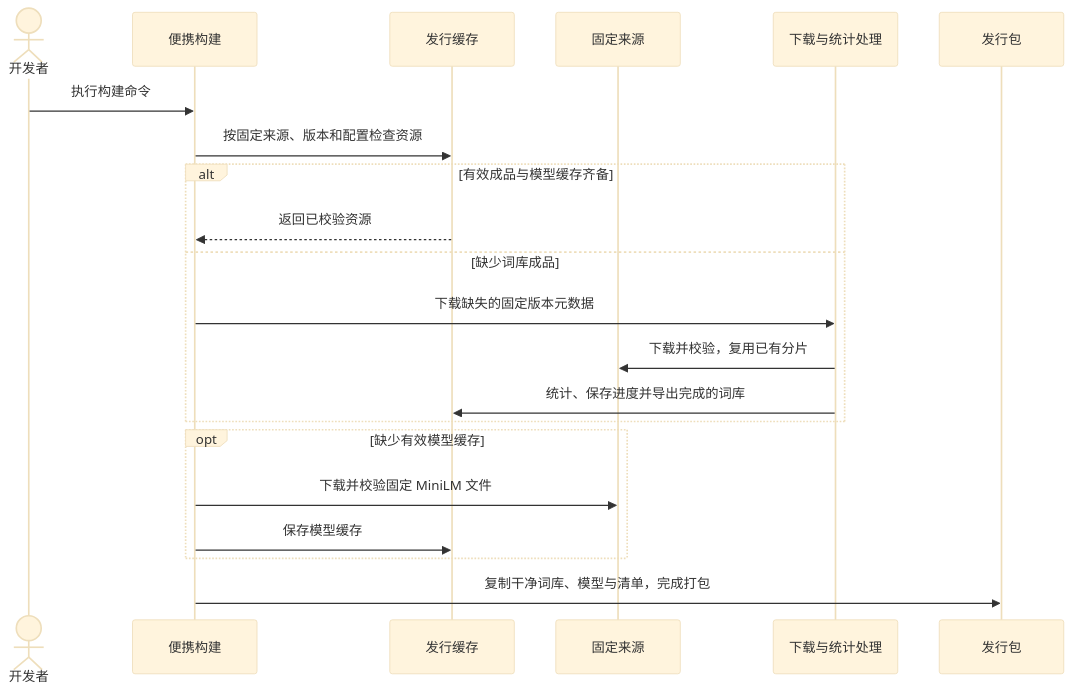
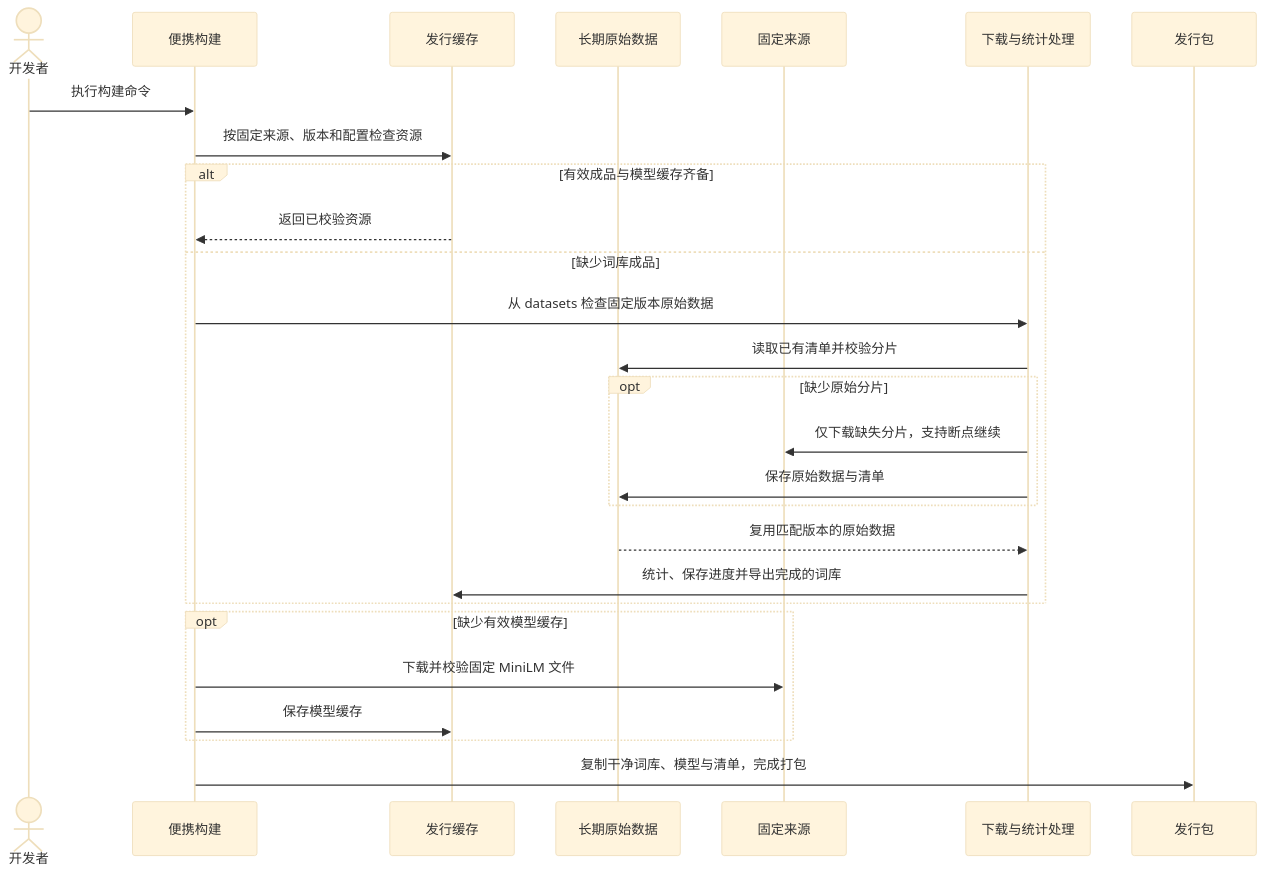
One commit to Lykr/pictide changed the second of 2 diagrams in docs/dev/issues/portable-build-cache.md. Above: the diagram before and after it, drawn with Mermaid (base theme). The commit also changed other lines of this file, not shown here.

Commit message:
docs(build): keep raw datasets separate from rebuildable caches

````diff
--- a/docs/dev/issues/portable-build-cache.md
+++ b/docs/dev/issues/portable-build-cache.md
@@ -71,23 +75,29 @@
 ```mermaid
 sequenceDiagram
     actor Dev as 开发者
     participant Build as 便携构建
     participant Cache as 发行缓存
+    participant Dataset as 长期原始数据
     participant Source as 固定来源
     participant Corpus as 下载与统计处理
     participant Package as 发行包
     Dev->>Build: 执行构建命令
     Build->>Cache: 按固定来源、版本和配置检查资源
     alt 有效成品与模型缓存齐备
         Cache-->>Build: 返回已校验资源
     else 缺少词库成品
-        Build->>Corpus: 下载缺失的固定版本元数据
-        Corpus->>Source: 下载并校验，复用已有分片
+        Build->>Corpus: 从 datasets 检查固定版本原始数据
+        Corpus->>Dataset: 读取已有清单并校验分片
+        opt 缺少原始分片
+            Corpus->>Source: 仅下载缺失分片，支持断点继续
+            Corpus->>Dataset: 保存原始数据与清单
+        end
+        Dataset-->>Corpus: 复用匹配版本的原始数据
         Corpus->>Cache: 统计、保存进度并导出完成的词库
     end
     opt 缺少有效模型缓存
         Build->>Source: 下载并校验固定 MiniLM 文件
         Build->>Cache: 保存模型缓存
     end
     Build->>Package: 复制干净词库、模型与清单，完成打包
 ```
````
